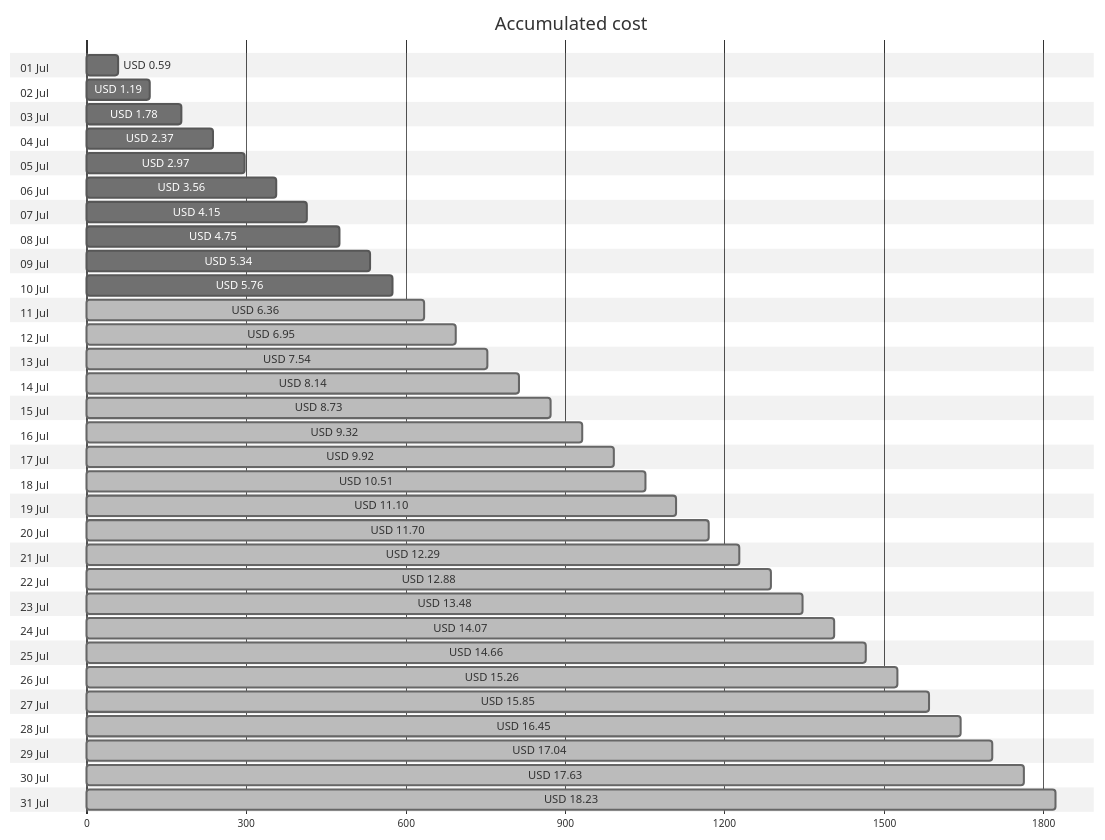
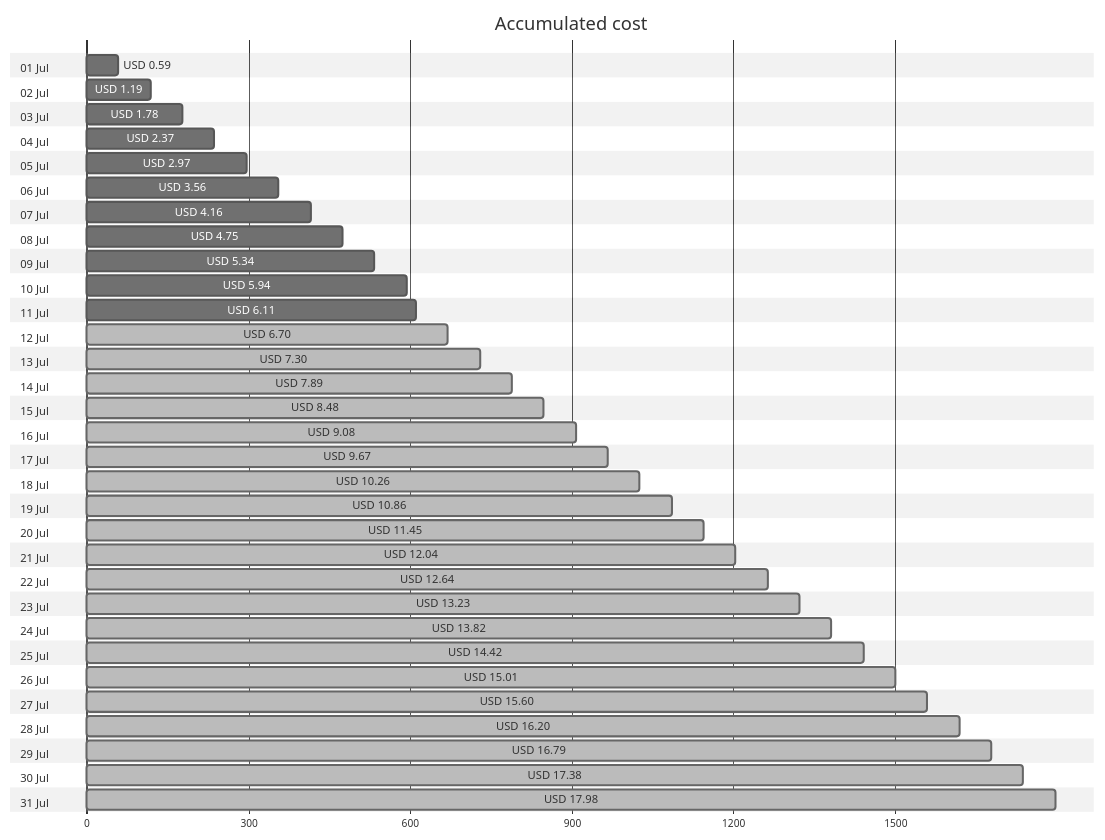
The first of 4 diagrams in cost-reports/personal-site/README.md (jpfulton/azure-personal-reports), drawn with Mermaid (neutral theme) before and after one commit. The commit also changed other lines of this file and 6 other files, not shown here.

````diff
--- a/cost-reports/personal-site/README.md
+++ b/cost-reports/personal-site/README.md
@@ -20,68 +20,68 @@
 ```mermaid
 gantt
    title Accumulated cost
    dateFormat  X
    axisFormat %s
    section 01 Jul
    USD 0.59 :0, 59
    section 02 Jul
    USD 1.19 :0, 119
    section 03 Jul
    USD 1.78 :0, 178
    section 04 Jul
    USD 2.37 :0, 237
    section 05 Jul
    USD 2.97 :0, 297
    section 06 Jul
    USD 3.56 :0, 356
    section 07 Jul
-   USD 4.15 :0, 415
+   USD 4.16 :0, 416
    section 08 Jul
    USD 4.75 :0, 475
    section 09 Jul
    USD 5.34 :0, 534
    section 10 Jul
-   USD 5.76 :0, 576
+   USD 5.94 :0, 594
    section 11 Jul
-   USD 6.36 : done, 0, 636
+   USD 6.11 :0, 611
    section 12 Jul
-   USD 6.95 : done, 0, 695
+   USD 6.70 : done, 0, 670
    section 13 Jul
-   USD 7.54 : done, 0, 754
+   USD 7.30 : done, 0, 730
    section 14 Jul
-   USD 8.14 : done, 0, 814
+   USD 7.89 : done, 0, 789
    section 15 Jul
-   USD 8.73 : done, 0, 873
+   USD 8.48 : done, 0, 848
    section 16 Jul
-   USD 9.32 : done, 0, 932
+   USD 9.08 : done, 0, 908
    section 17 Jul
-   USD 9.92 : done, 0, 992
+   USD 9.67 : done, 0, 967
    section 18 Jul
-   USD 10.51 : done, 0, 1051
+   USD 10.26 : done, 0, 1026
    section 19 Jul
-   USD 11.10 : done, 0, 1110
+   USD 10.86 : done, 0, 1086
    section 20 Jul
-   USD 11.70 : done, 0, 1170
+   USD 11.45 : done, 0, 1145
    section 21 Jul
-   USD 12.29 : done, 0, 1229
+   USD 12.04 : done, 0, 1204
    section 22 Jul
-   USD 12.88 : done, 0, 1288
+   USD 12.64 : done, 0, 1264
    section 23 Jul
-   USD 13.48 : done, 0, 1348
+   USD 13.23 : done, 0, 1323
    section 24 Jul
-   USD 14.07 : done, 0, 1407
+   USD 13.82 : done, 0, 1382
    section 25 Jul
-   USD 14.66 : done, 0, 1466
+   USD 14.42 : done, 0, 1442
    section 26 Jul
-   USD 15.26 : done, 0, 1526
+   USD 15.01 : done, 0, 1501
    section 27 Jul
-   USD 15.85 : done, 0, 1585
+   USD 15.60 : done, 0, 1560
    section 28 Jul
-   USD 16.45 : done, 0, 1645
+   USD 16.20 : done, 0, 1620
    section 29 Jul
-   USD 17.04 : done, 0, 1704
+   USD 16.79 : done, 0, 1679
    section 30 Jul
-   USD 17.63 : done, 0, 1763
+   USD 17.38 : done, 0, 1738
    section 31 Jul
-   USD 18.23 : done, 0, 1823
+   USD 17.98 : done, 0, 1798
 ```
````
